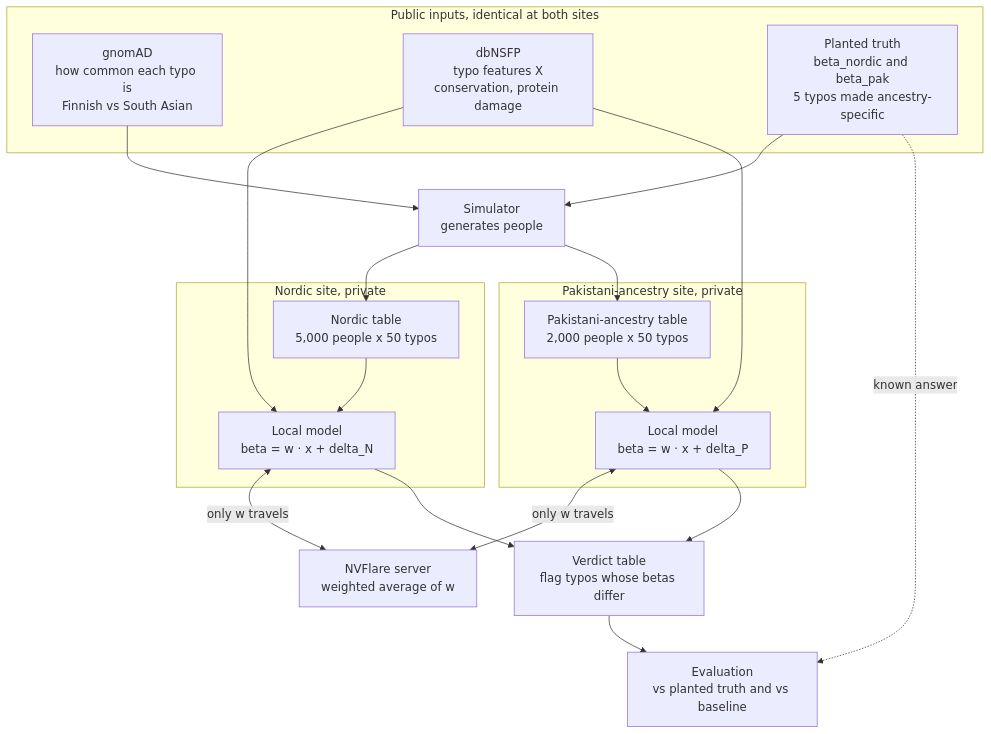
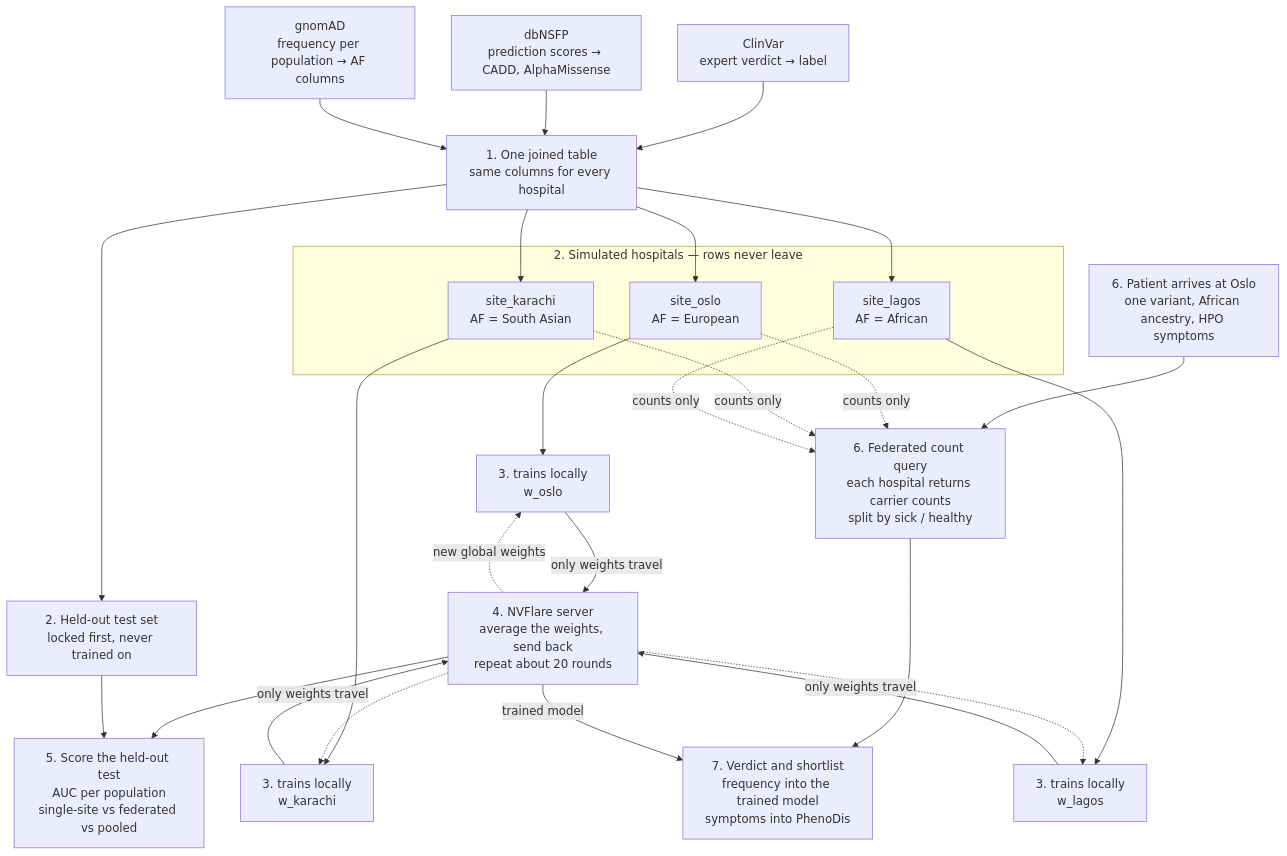
One commit to collaborativebioinformatics/Hello-World-Federated-Learning-for-Clinical-Diagnostics changed the first of 2 diagrams in README.md. Above: the diagram before and after it, drawn with Mermaid. The commit also changed other lines of this file and 1 other file, not shown here.

First line of the commit message:
Rewrite README around the seven-step federated variant classification pipeline

````diff
--- a/README.md
+++ b/README.md
@@ -26,39 +34,51 @@
 ```mermaid
 flowchart TD
-    subgraph PUB["Public inputs, identical at both sites"]
-        G["gnomAD<br/>how common each typo is<br/>Finnish vs South Asian"]
-        D["dbNSFP<br/>typo features X<br/>conservation, protein damage"]
-        T["Planted truth<br/>beta_nordic and beta_pak<br/>5 typos made ancestry-specific"]
+    CV["ClinVar<br/>expert verdict → label"]
+    DB["dbNSFP<br/>prediction scores → CADD, AlphaMissense"]
+    GN["gnomAD<br/>frequency per population → AF columns"]
+    T["1. One joined table<br/>same columns for every hospital"]
+    CV --> T
+    DB --> T
+    GN --> T
+
+    H["2. Held-out test set<br/>locked first, never trained on"]
+    subgraph SITES["2. Simulated hospitals — rows never leave"]
+        O["site_oslo<br/>AF = European"]
+        K["site_karachi<br/>AF = South Asian"]
+        L["site_lagos<br/>AF = African"]
     end
+    T --> H
+    T --> O
+    T --> K
+    T --> L
 
-    SIM["Simulator<br/>generates people"]
+    OM["3. trains locally<br/>w_oslo"]
+    KM["3. trains locally<br/>w_karachi"]
+    LM["3. trains locally<br/>w_lagos"]
+    O --> OM
+    K --> KM
+    L --> LM
 
-    subgraph NS["Nordic site, private"]
-        NT["Nordic table<br/>5,000 people x 50 typos"]
-        NM["Local model<br/>beta = w · x + delta_N"]
-    end
+    S["4. NVFlare server<br/>average the weights, send back<br/>repeat about 20 rounds"]
+    OM -->|"only weights travel"| S
+    KM -->|"only weights travel"| S
+    LM -->|"only weights travel"| S
+    S -.->|"new global weights"| OM
+    S -.-> KM
+    S -.-> LM
 
-    subgraph PS["Pakistani-ancestry site, private"]
-        PT["Pakistani-ancestry table<br/>2,000 people x 50 typos"]
-        PM["Local model<br/>beta = w · x + delta_P"]
-    end
+    E["5. Score the held-out test<br/>AUC per population<br/>single-site vs federated vs pooled"]
+    S --> E
+    H --> E
 
-    S["NVFlare server<br/>weighted average of w"]
-    V["Verdict table<br/>flag typos whose betas differ"]
-    E["Evaluation<br/>vs planted truth and vs baseline"]
+    P["6. Patient arrives at Oslo<br/>one variant, African ancestry, HPO symptoms"]
+    Q["6. Federated count query<br/>each hospital returns carrier counts<br/>split by sick / healthy"]
+    P --> Q
+    O -.->|"counts only"| Q
+    K -.->|"counts only"| Q
+    L -.->|"counts only"| Q
 
-    G --> SIM
-    T --> SIM
-    SIM --> NT
-    SIM --> PT
-    NT --> NM
-    PT --> PM
-    D --> NM
-    D --> PM
-    NM <-->|"only w travels"| S
-    PM <-->|"only w travels"| S
-    NM --> V
-    PM --> V
-    V --> E
-    T -.->|"known answer"| E
+    V["7. Verdict and shortlist<br/>frequency into the trained model<br/>symptoms into PhenoDis"]
+    Q --> V
+    S -->|"trained model"| V
 ```
````
